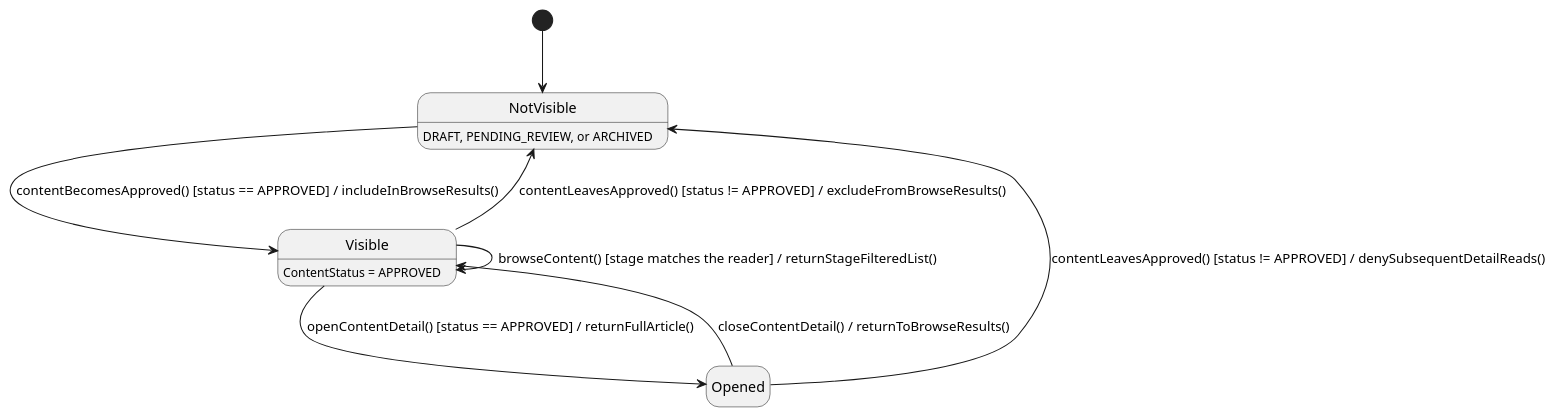
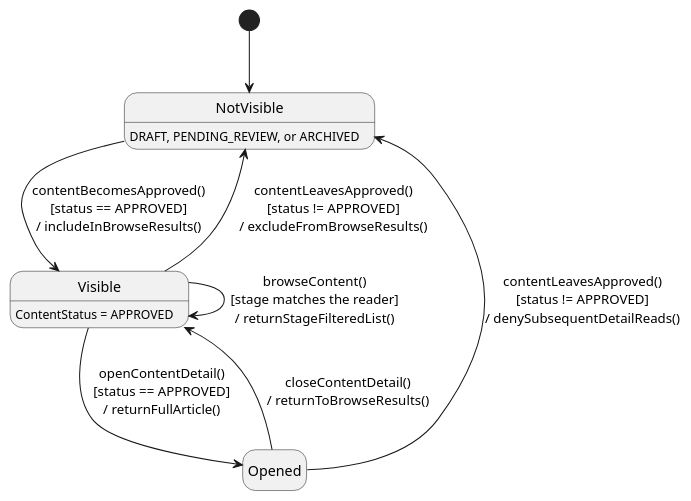
The third of 3 diagrams in 03_Design/Detailed_Design/MF09_Content_Hub/01_Verified_Content_Browse_and_Consumption.md (ChuongBDHE172784/CareBridge_SEP490_G79), drawn with PlantUML before and after one commit. The commit also changed 61 other files, not shown here.

Commit message:
docs: update detailed design documentation and state chart diagrams across all feature modules

````diff
--- a/03_Design/Detailed_Design/MF09_Content_Hub/01_Verified_Content_Browse_and_Consumption.md
+++ b/03_Design/Detailed_Design/MF09_Content_Hub/01_Verified_Content_Browse_and_Consumption.md
@@ -151,16 +151,16 @@
 ```plantuml
 @startuml StateChartDiagram_01VerifiedContentBrowseandConsumption
 hide empty description
 [*] --> NotVisible
 
-NotVisible --> Visible : contentBecomesApproved() [status == APPROVED] / includeInBrowseResults()
-Visible --> NotVisible : contentLeavesApproved() [status != APPROVED] / excludeFromBrowseResults()
-Visible --> Visible : browseContent() [stage matches the reader] / returnStageFilteredList()
-Visible --> Opened : openContentDetail() [status == APPROVED] / returnFullArticle()
-Opened --> Visible : closeContentDetail() / returnToBrowseResults()
-Opened --> NotVisible : contentLeavesApproved() [status != APPROVED] / denySubsequentDetailReads()
+NotVisible --> Visible : contentBecomesApproved()\n[status == APPROVED]\n/ includeInBrowseResults()
+Visible --> NotVisible : contentLeavesApproved()\n[status != APPROVED]\n/ excludeFromBrowseResults()
+Visible --> Visible : browseContent()\n[stage matches the reader]\n/ returnStageFilteredList()
+Visible --> Opened : openContentDetail()\n[status == APPROVED]\n/ returnFullArticle()
+Opened --> Visible : closeContentDetail()\n/ returnToBrowseResults()
+Opened --> NotVisible : contentLeavesApproved()\n[status != APPROVED]\n/ denySubsequentDetailReads()
 
 Visible : ContentStatus = APPROVED
 NotVisible : DRAFT, PENDING_REVIEW, or ARCHIVED
 @enduml
 ```
````
